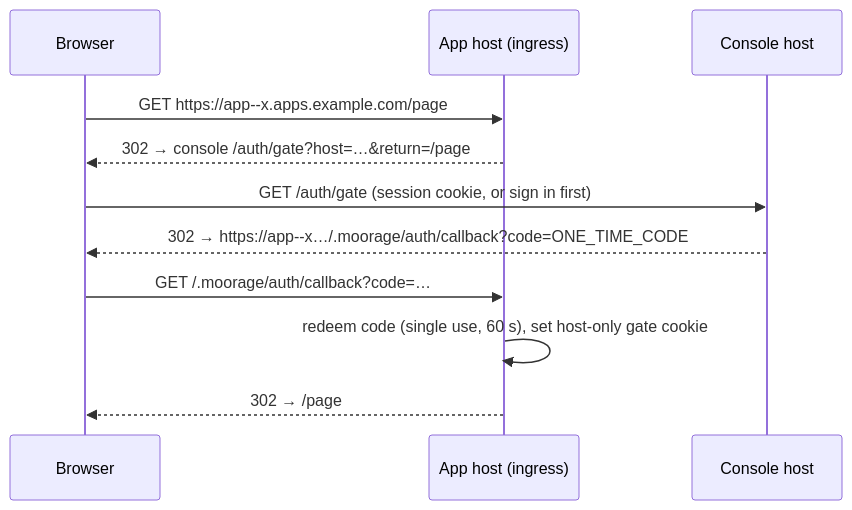
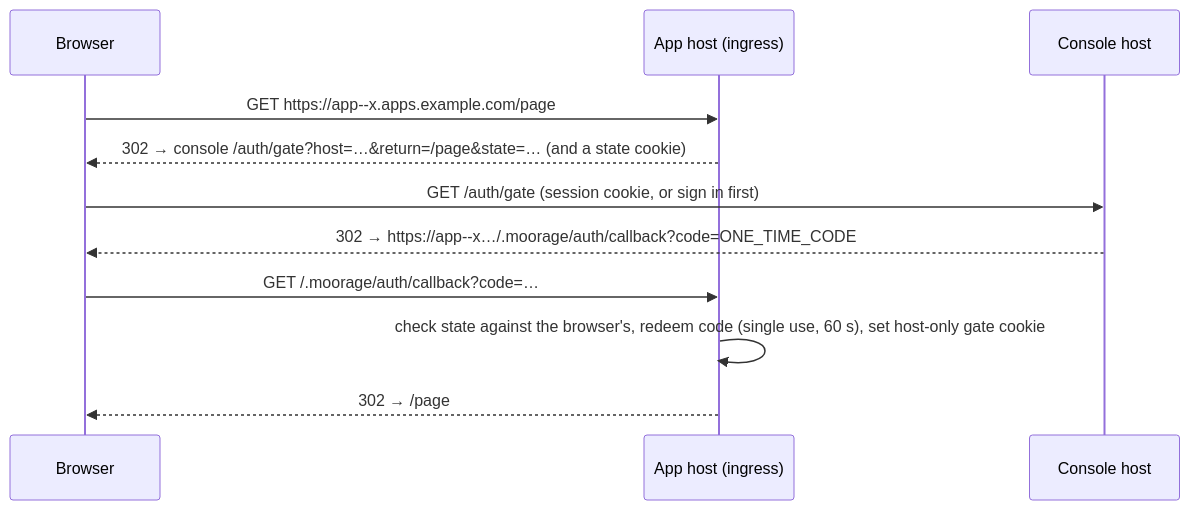
Before and after one commit to robert-mcdermott/moorage: the diagram in spec/06-ingress.md, drawn with Mermaid. The commit also changed other lines of this file and 70 other files, not shown here.

````diff
--- a/spec/06-ingress.md
+++ b/spec/06-ingress.md
@@ -166,13 +187,13 @@
 ```mermaid
 sequenceDiagram
     participant B as Browser
     participant A as App host (ingress)
     participant C as Console host
     B->>A: GET https://app--x.apps.example.com/page
-    A-->>B: 302 → console /auth/gate?host=…&return=/page
+    A-->>B: 302 → console /auth/gate?host=…&return=/page&state=… (and a state cookie)
     B->>C: GET /auth/gate (session cookie, or sign in first)
     C-->>B: 302 → https://app--x…/.moorage/auth/callback?code=ONE_TIME_CODE
     B->>A: GET /.moorage/auth/callback?code=…
-    A->>A: redeem code (single use, 60 s), set host-only gate cookie
+    A->>A: check state against the browser's, redeem code (single use, 60 s), set host-only gate cookie
     A-->>B: 302 → /page
 ```
````
